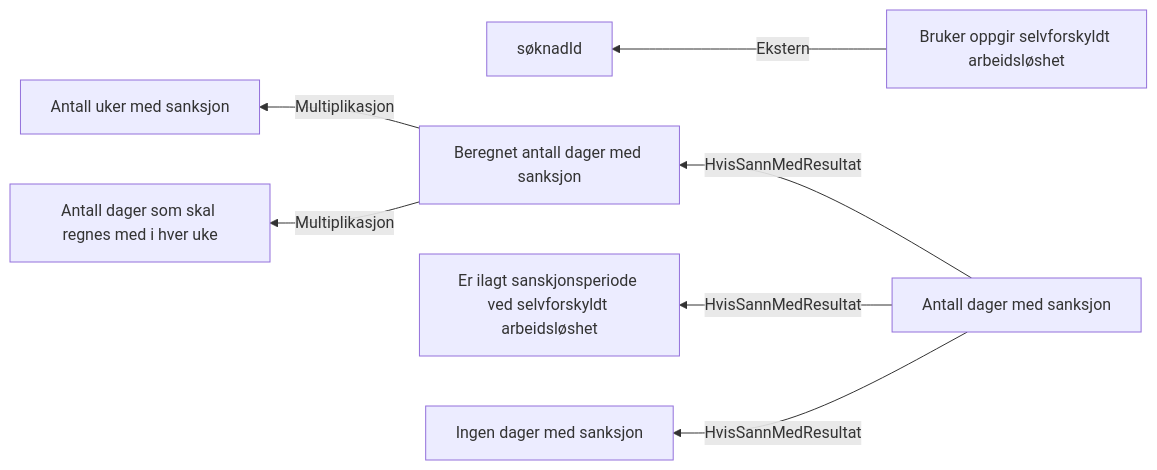
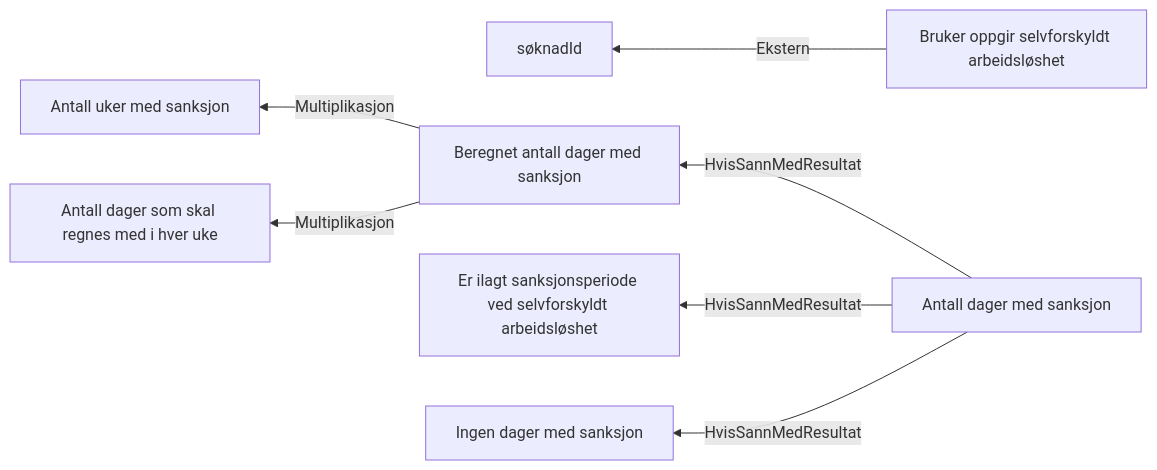
The diagram in docs/regler/§ 4-10 Sanksjonsperiode ved selvforskyldt arbeidsløshet.approved.md (navikt/dp-behandling), drawn with Mermaid before and after one commit. The commit also changed 5 other files, not shown here.

````diff
--- a/docs/regler/§ 4-10 Sanksjonsperiode ved selvforskyldt arbeidsløshet.approved.md
+++ b/docs/regler/§ 4-10 Sanksjonsperiode ved selvforskyldt arbeidsløshet.approved.md
@@ -5,9 +5,9 @@
 ```mermaid
 graph RL
   A["Bruker oppgir selvforskyldt arbeidsløshet"] -->|"Ekstern"| B["søknadId"]
   C["Beregnet antall dager med sanksjon"] -->|"Multiplikasjon"| D["Antall uker med sanksjon"]
   C["Beregnet antall dager med sanksjon"] -->|"Multiplikasjon"| E["Antall dager som skal regnes med i hver uke"]
-  F["Antall dager med sanksjon"] -->|"HvisSannMedResultat"| G["Er ilagt sanskjonsperiode ved selvforskyldt arbeidsløshet"]
+  F["Antall dager med sanksjon"] -->|"HvisSannMedResultat"| G["Er ilagt sanksjonsperiode ved selvforskyldt arbeidsløshet"]
   F["Antall dager med sanksjon"] -->|"HvisSannMedResultat"| C["Beregnet antall dager med sanksjon"]
   F["Antall dager med sanksjon"] -->|"HvisSannMedResultat"| H["Ingen dager med sanksjon"]
 ```
````
